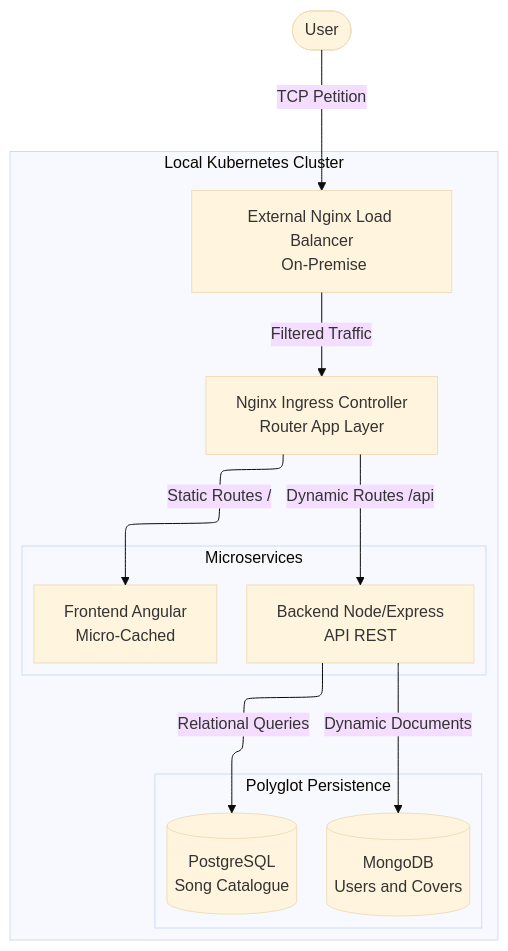
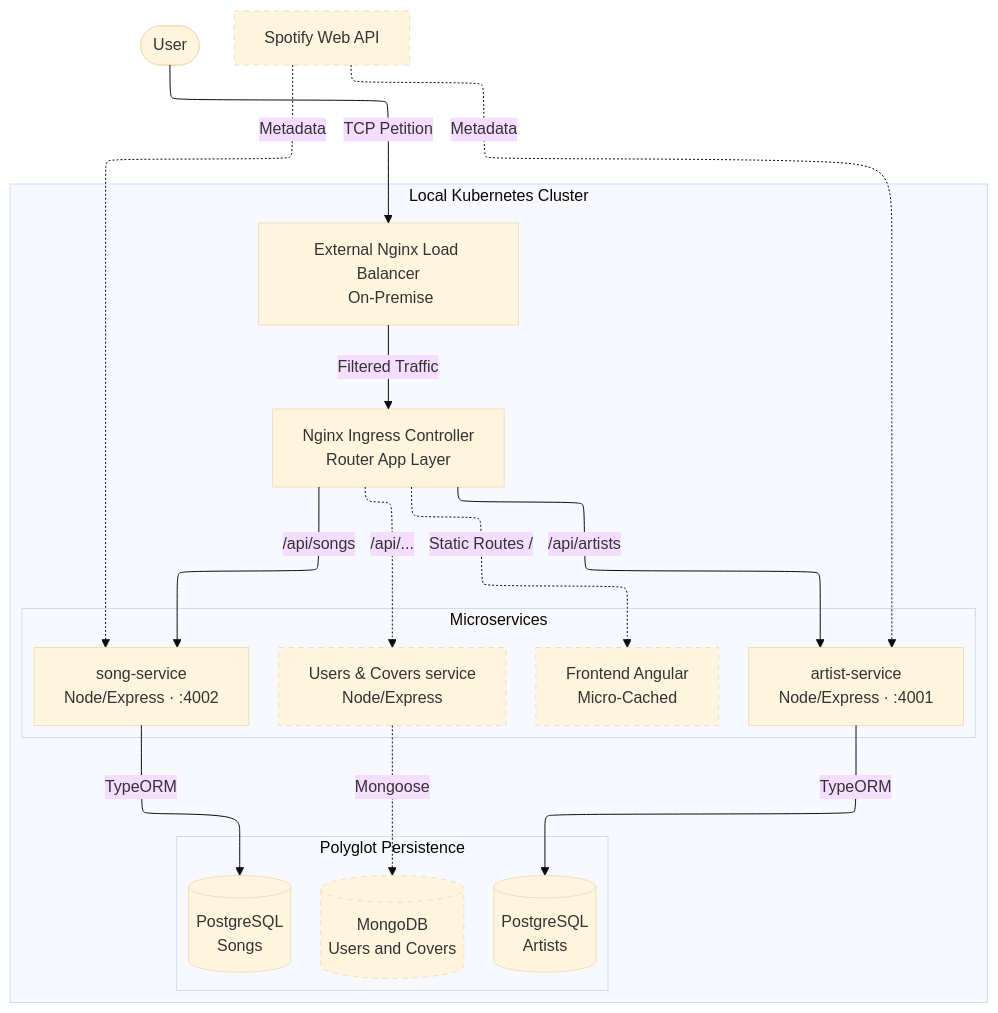
Before and after one commit to Alejandrorr572/rebelway-architecture: the first of 2 diagrams in readme.md, drawn with Mermaid (base theme). The commit also changed other lines of this file and 33 other files, not shown here.

````diff
--- a/readme.md
+++ b/readme.md
@@ -35,30 +38,42 @@
 ```mermaid
 ---
 config:
   layout: elk
 ---
 flowchart TD
     Client([User]) -->|TCP Petition| LB[External Nginx Load Balancer<br> On-Premise]
 
     subgraph K8s [Local Kubernetes Cluster]
         direction TB
         Ingress[Nginx Ingress Controller<br>Router App Layer]
-        
+
         subgraph Microservices
             Front[Frontend Angular<br>Micro-Cached]
-            Back[Backend Node/Express<br>API REST]
+            Artist[artist-service<br>Node/Express · :4001]
+            Song[song-service<br>Node/Express · :4002]
+            Social[Users & Covers service<br>Node/Express]
         end
 
         subgraph Polyglot_Persistence ["Polyglot Persistence"]
-            PG[(PostgreSQL<br>Song Catalogue)]
+            ArtistsDB[(PostgreSQL<br>Artists)]
+            SongsDB[(PostgreSQL<br>Songs)]
             Mongo[(MongoDB<br>Users and Covers)]
         end
-        
+
         LB -->|Filtered Traffic| Ingress
-        Ingress -->|Static Routes /| Front
-        Ingress -->|Dynamic Routes /api| Back
-        
-        Back -->|Relational Queries| PG
-        Back -->|Dynamic Documents| Mongo
+        Ingress -.->|Static Routes /| Front
+        Ingress -->|/api/artists| Artist
+        Ingress -->|/api/songs| Song
+        Ingress -.->|/api/...| Social
+
+        Artist -->|TypeORM| ArtistsDB
+        Song -->|TypeORM| SongsDB
+        Social -.->|Mongoose| Mongo
     end
+
+    Spotify[Spotify Web API] -.->|Metadata| Artist
+    Spotify -.->|Metadata| Song
+
+    classDef future stroke-dasharray: 5 5
+    class Front,Social,Mongo,Spotify future
 ```
````
